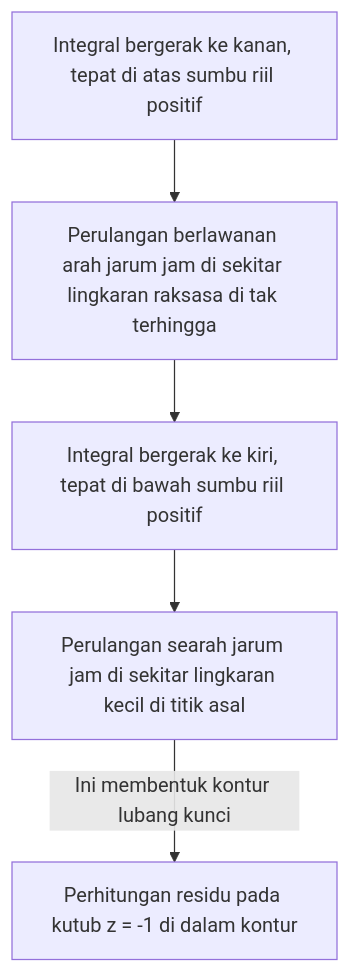
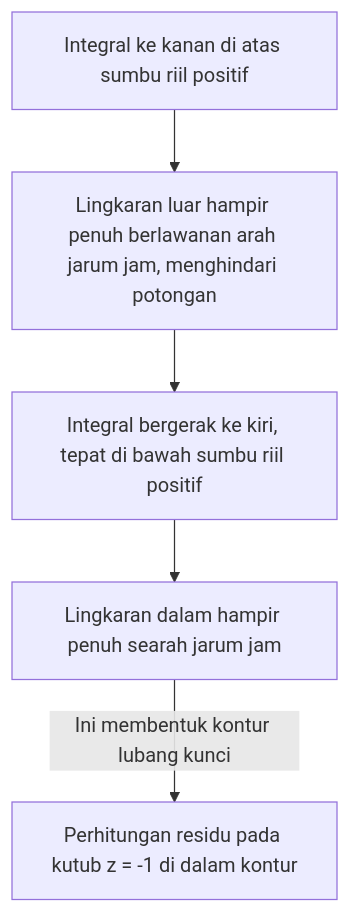
The third of 3 diagrams in content/post/residue-theorem/index.id.md (kenjinote/blog), drawn with Mermaid before and after one commit. The commit also changed other lines of this file and 8 other files, not shown here.

````diff
--- a/content/post/residue-theorem/index.id.md
+++ b/content/post/residue-theorem/index.id.md
@@ -166,7 +167,7 @@
 ```mermaid
 flowchart TD
-    A["Integral bergerak ke kanan, tepat di atas sumbu riil positif"] --> B["Perulangan berlawanan arah jarum jam di sekitar lingkaran raksasa di tak terhingga"]
+    A["Integral ke kanan di atas sumbu riil positif"] --> B["Lingkaran luar hampir penuh berlawanan arah jarum jam, menghindari potongan"]
     B --> C["Integral bergerak ke kiri, tepat di bawah sumbu riil positif"]
-    C --> D["Perulangan searah jarum jam di sekitar lingkaran kecil di titik asal"]
+    C --> D["Lingkaran dalam hampir penuh searah jarum jam"]
     D -->|"Ini membentuk kontur lubang kunci"| E["Perhitungan residu pada kutub z = -1 di dalam kontur"]
 ```
````
